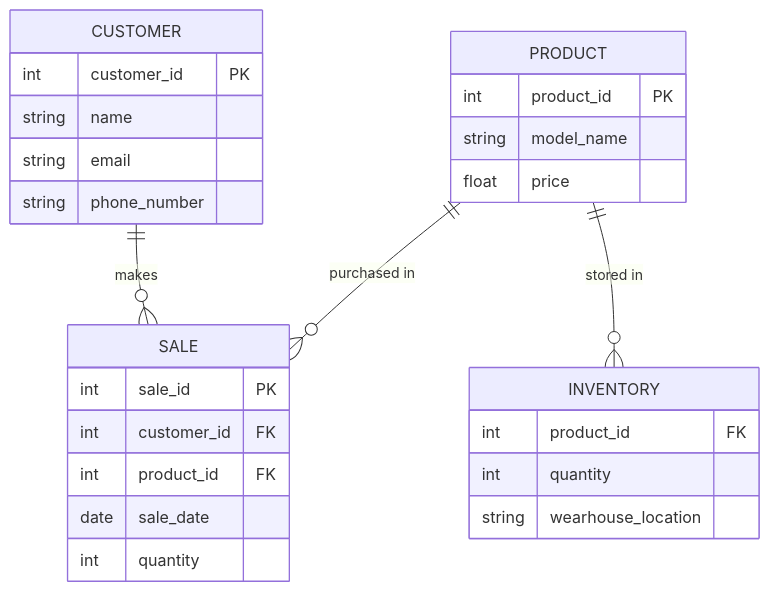
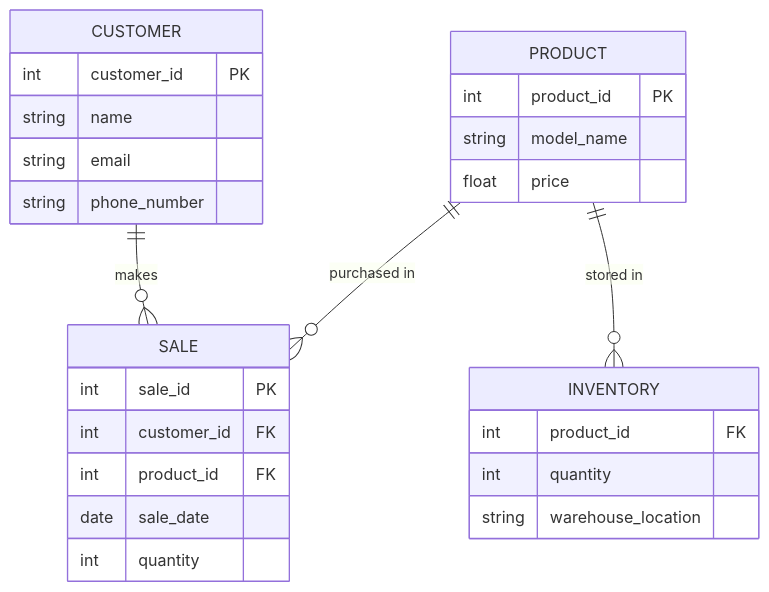
One commit to abhaysnair/abhayshibunair.github.io changed the diagram in Nikestore_ERD.md. Above: the diagram before and after it, drawn with Mermaid.

Commit message:
Update Nikestore_ERD.md
fixed spelling

````diff
--- a/Nikestore_ERD.md
+++ b/Nikestore_ERD.md
@@ -3,36 +3,36 @@
 ```mermaid
 
 erDiagram
 
  PRODUCT {
     int product_id PK
     string model_name
     float price 
 
  }
  
  CUSTOMER {
     int customer_id PK
     string name 
     string email 
     string phone_number
  }
  SALE {
     int sale_id PK 
     int customer_id FK
     int product_id FK 
     date sale_date
     int quantity 
 
  }
  INVENTORY {
     int product_id FK 
     int quantity
-    string wearhouse_location
+    string warehouse_location
  }
 
 PRODUCT ||--o{ SALE : "purchased in"
 CUSTOMER ||--o{ SALE : "makes"
 PRODUCT ||--o{ INVENTORY : "stored in"
 
 ```
````
